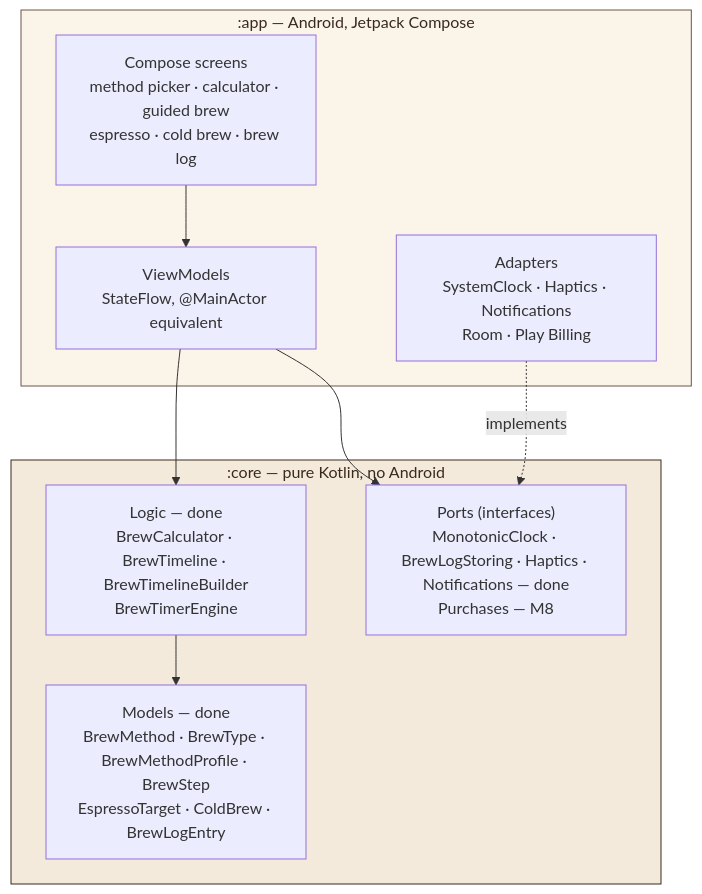
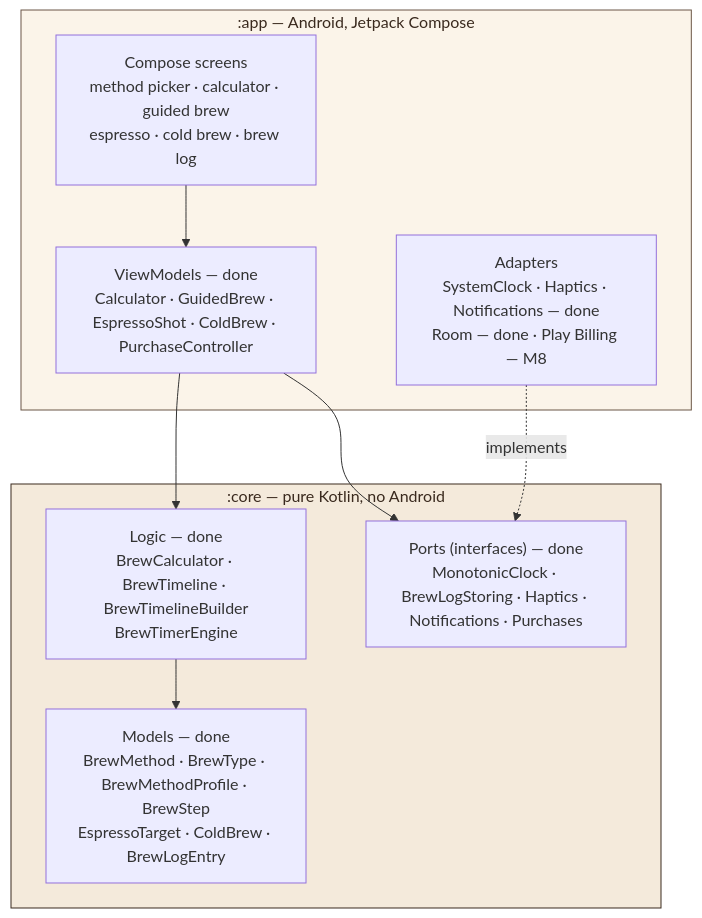
One commit to JayReece313/coffeegrams-android changed the first of 3 diagrams in ARCHITECTURE.md. Above: the diagram before and after it, drawn with Mermaid. The commit also changed other lines of this file and 20 other files, not shown here.

First line of the commit message:
M6: ViewModels — Calculator, GuidedBrew, EspressoShot, ColdBrew, PurchaseController

````diff
--- a/ARCHITECTURE.md
+++ b/ARCHITECTURE.md
@@ -27,23 +35,23 @@
 ```mermaid
 graph TD
     subgraph app[":app — Android, Jetpack Compose"]
         UI["Compose screens<br/>method picker · calculator · guided brew<br/>espresso · cold brew · brew log"]
-        VM["ViewModels<br/>StateFlow, @MainActor equivalent"]
-        AD["Adapters<br/>SystemClock · Haptics · Notifications<br/>Room · Play Billing"]
+        VM["ViewModels — done<br/>Calculator · GuidedBrew · EspressoShot · ColdBrew · PurchaseController"]
+        AD["Adapters<br/>SystemClock · Haptics · Notifications — done<br/>Room — done · Play Billing — M8"]
     end
 
     subgraph core[":core — pure Kotlin, no Android"]
         M["Models — done<br/>BrewMethod · BrewType · BrewMethodProfile · BrewStep<br/>EspressoTarget · ColdBrew · BrewLogEntry"]
         L["Logic — done<br/>BrewCalculator · BrewTimeline · BrewTimelineBuilder<br/>BrewTimerEngine"]
-        P["Ports (interfaces)<br/>MonotonicClock · BrewLogStoring · Haptics · Notifications — done<br/>Purchases — M8"]
+        P["Ports (interfaces) — done<br/>MonotonicClock · BrewLogStoring · Haptics · Notifications · Purchases"]
     end
 
     UI --> VM
     VM --> L
     VM --> P
     L --> M
     AD -.implements.-> P
 
     style core fill:#F4EADB,stroke:#3A2A1E,color:#3A2A1E
     style app fill:#FBF4E9,stroke:#6B5647,color:#3A2A1E
 ```
````
